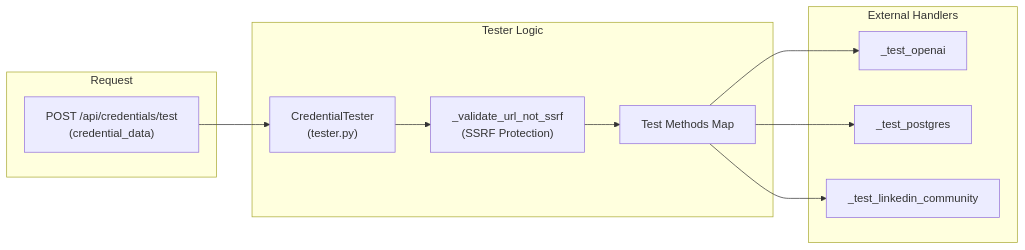
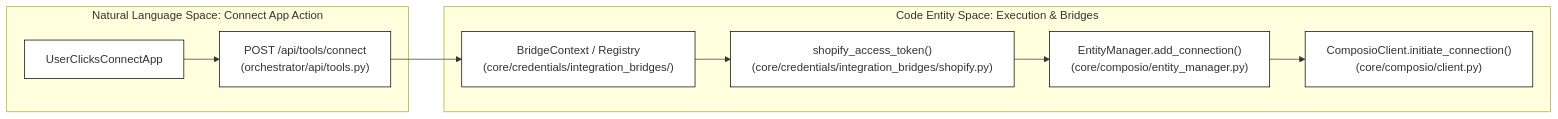
One commit to AutomatosAI/automatos-ai changed the second of 2 diagrams in docs/tools-integrations/tools-api-reference.md. Above: the diagram before and after it, drawn with Mermaid. The commit also changed other lines of this file and 191 other files, not shown here.

````diff
--- a/docs/tools-integrations/tools-api-reference.md
+++ b/docs/tools-integrations/tools-api-reference.md
@@ -145,25 +83,15 @@
 ```mermaid
 graph LR
-    subgraph "Request"
-        Req["POST /api/credentials/test<br/>(credential_data)"]
+    subgraph "Natural Language Space: Connect App Action"
+        UserAction["UserClicksConnectApp"] --> ConnectEP["POST /api/tools/connect<br/>(orchestrator/api/tools.py)"]
     end
     
-    subgraph "Tester Logic"
-        CT["CredentialTester<br/>(tester.py)"]
-        SSRF["_validate_url_not_ssrf<br/>(SSRF Protection)"]
-        Methods["Test Methods Map"]
-    end
-    
-    subgraph "External Handlers"
-        OA["_test_openai"]
-        PG["_test_postgres"]
-        LI["_test_linkedin_community"]
+    subgraph "Code Entity Space: Execution & Bridges"
+        ConnectEP --> BridgeDispatcher["BridgeContext / Registry<br/>(core/credentials/integration_bridges/)"]
+        BridgeDispatcher --> ShopifyBridge["shopify_access_token()<br/>(core/credentials/integration_bridges/shopify.py)"]
+        ShopifyBridge --> EntityManagerAdd["EntityManager.add_connection()<br/>(core/composio/entity_manager.py)"]
+        EntityManagerAdd --> ComposioClientSDK["ComposioClient.initiate_connection()<br/>(core/composio/client.py)"]
     end
 
-    Req --> CT
-    CT --> SSRF
-    SSRF --> Methods
-    Methods --> OA
-    Methods --> PG
-    Methods --> LI
+    classDef default fill:#fff,stroke:#000,stroke-width:1px;
 ```
````
